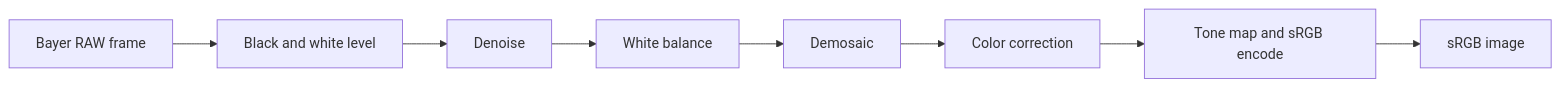
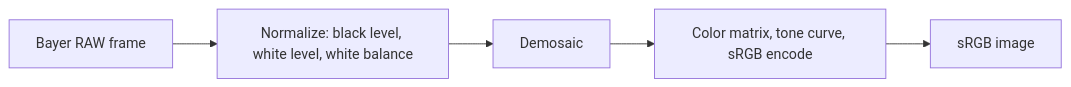
The diagram in docs/GOAL.md (sharduldhaul/CameraEnhancer), drawn with Mermaid before and after one commit. The commit also changed other lines of this file and 1 other file, not shown here.

````diff
--- a/docs/GOAL.md
+++ b/docs/GOAL.md
@@ -39,10 +19,7 @@
 ```mermaid
 flowchart LR
-    raw[Bayer RAW frame] --> bl[Black and white level]
-    bl --> dn[Denoise]
-    dn --> wb[White balance]
-    wb --> dm[Demosaic]
-    dm --> cc[Color correction]
-    cc --> tm[Tone map and sRGB encode]
-    tm --> out[sRGB image]
+    raw[Bayer RAW frame] --> nz[Normalize: black level, white level, white balance]
+    nz --> dm[Demosaic]
+    dm --> ct[Color matrix, tone curve, sRGB encode]
+    ct --> out[sRGB image]
 ```
````
